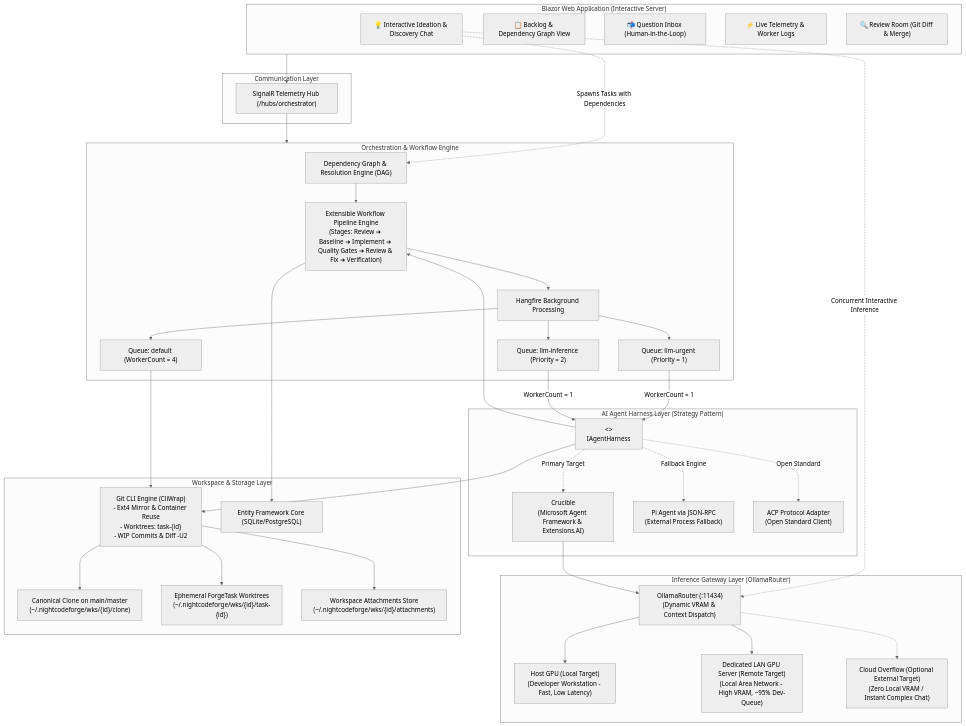
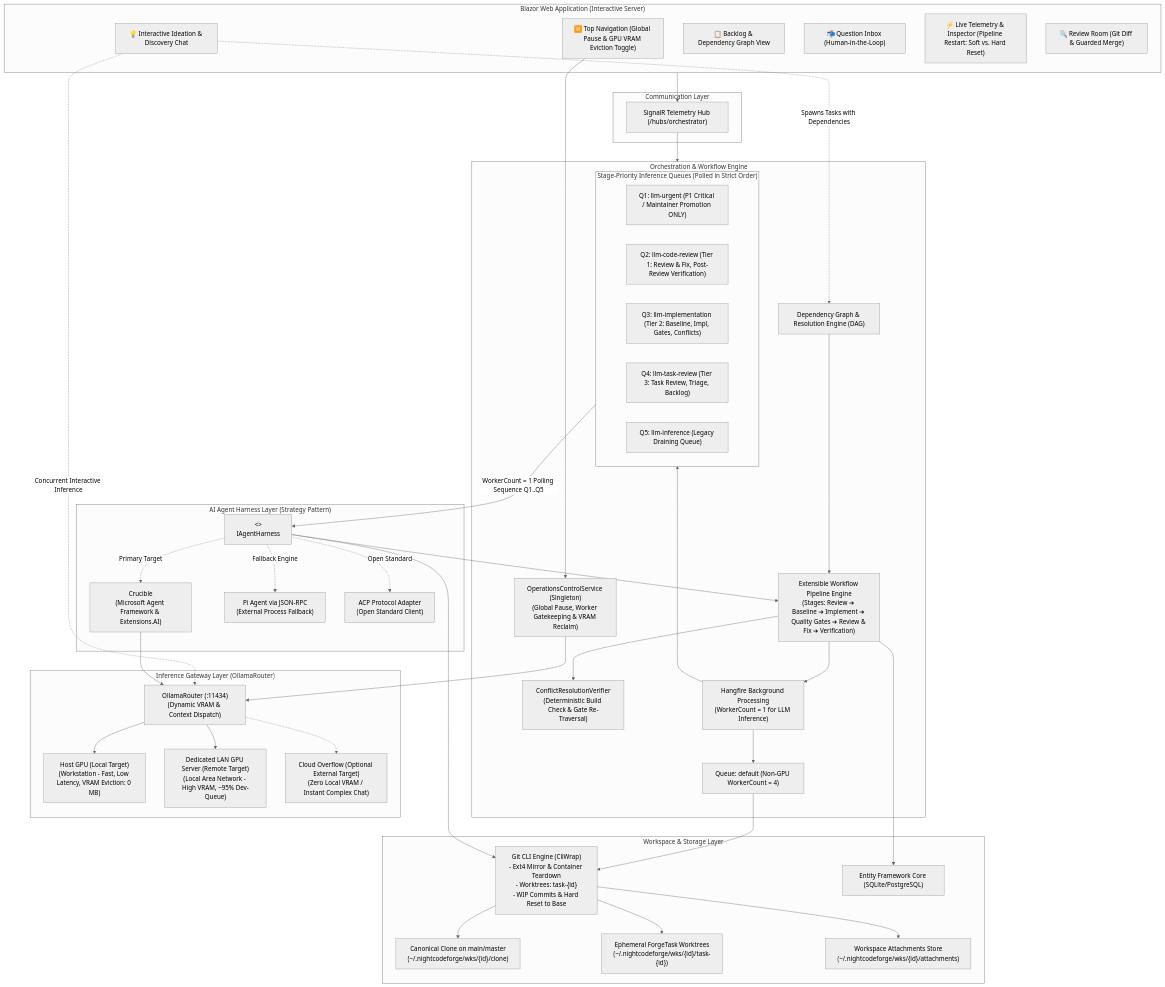
The first of 27 diagrams in docs/ARCHITECTURE.md (jetelain/NightCodeForge), drawn with Mermaid (neutral theme) before and after one commit. The commit also changed other lines of this file, not shown here.

````diff
--- a/docs/ARCHITECTURE.md
+++ b/docs/ARCHITECTURE.md
@@ -29,11 +29,12 @@
 ```mermaid
 flowchart TB
     subgraph UI ["Blazor Web Application (Interactive Server)"]
+        TopNav["⏸️ Top Navigation (Global Pause & GPU VRAM Eviction Toggle)"]
         Ideation["💡 Interactive Ideation & Discovery Chat"]
         Backlog["📋 Backlog & Dependency Graph View"]
         Inbox["📬 Question Inbox (Human-in-the-Loop)"]
-        Monitor["⚡ Live Telemetry & Worker Logs"]
-        Review["🔍 Review Room (Git Diff & Merge)"]
+        Monitor["⚡ Live Telemetry & Inspector (Pipeline Restart: Soft vs. Hard Reset)"]
+        Review["🔍 Review Room (Git Diff & Guarded Merge)"]
     end
 
     subgraph Hubs ["Communication Layer"]
@@ -43,10 +44,19 @@
     subgraph Core ["Orchestration & Workflow Engine"]
         DepEngine["Dependency Graph & Resolution Engine (DAG)"]
         PipelineEngine["Extensible Workflow Pipeline Engine\n(Stages: Review ➔ Baseline ➔ Implement ➔ Quality Gates ➔ Review & Fix ➔ Verification)"]
-        HangfireEngine["Hangfire Background Processing"]
-        QueueUrgent["Queue: llm-urgent (Priority = 1)"]
-        QueueStandard["Queue: llm-inference (Priority = 2)"]
-        QueueUtility["Queue: default (WorkerCount = 4)"]
+        OpsControl["OperationsControlService (Singleton)\n(Global Pause, Worker Gatekeeping & VRAM Reclaim)"]
+        ConflictEngine["ConflictResolutionVerifier\n(Deterministic Build Check & Gate Re-Traversal)"]
+        HangfireEngine["Hangfire Background Processing\n(WorkerCount = 1 for LLM Inference)"]
+        
+        subgraph StageQueues ["Stage-Priority Inference Queues (Polled in Strict Order)"]
+            QueueUrgent["Q1: llm-urgent (P1 Critical / Maintainer Promotion ONLY)"]
+            QueueCodeReview["Q2: llm-code-review (Tier 1: Review & Fix, Post-Review Verification)"]
+            QueueImplementation["Q3: llm-implementation (Tier 2: Baseline, Impl, Gates, Conflicts)"]
+            QueueTaskReview["Q4: llm-task-review (Tier 3: Task Review, Triage, Backlog)"]
+            QueueLegacy["Q5: llm-inference (Legacy Draining Queue)"]
+        end
+        
+        QueueUtility["Queue: default (Non-GPU WorkerCount = 4)"]
     end
 
     subgraph Harness ["AI Agent Harness Layer (Strategy Pattern)"]
@@ -58,13 +68,13 @@
 
     subgraph Gateway ["Inference Gateway Layer (OllamaRouter)"]
         Router["OllamaRouter (:11434)\n(Dynamic VRAM & Context Dispatch)"]
-        HostGPU["Host GPU (Local Target)\n(Developer Workstation - Fast, Low Latency)"]
+        HostGPU["Host GPU (Local Target)\n(Workstation - Fast, Low Latency, VRAM Eviction: 0 MB)"]
         LanGPU["Dedicated LAN GPU Server (Remote Target)\n(Local Area Network - High VRAM, ~95% Dev-Queue)"]
         CloudOverflow["Cloud Overflow (Optional External Target)\n(Zero Local VRAM / Instant Complex Chat)"]
     end
 
     subgraph Workspaces ["Workspace & Storage Layer"]
-        GitCli["Git CLI Engine (CliWrap)\n- Ext4 Mirror & Container Reuse\n- Worktrees: task-{id}\n- WIP Commits & Diff -U2"]
+        GitCli["Git CLI Engine (CliWrap)\n- Ext4 Mirror & Container Teardown\n- Worktrees: task-{id}\n- WIP Commits & Hard Reset to Base"]
         EFCore["Entity Framework Core (SQLite/PostgreSQL)"]
         CanonicalClone["Canonical Clone on main/master\n(~/.nightcodeforge/wks/{id}/clone)"]
         Worktrees["Ephemeral ForgeTask Worktrees\n(~/.nightcodeforge/wks/{id}/task-{id})"]
@@ -73,16 +83,17 @@
 
     UI --> SignalR
     SignalR --> Core
+    TopNav --> OpsControl
+    OpsControl --> Router
     Ideation -.->|Spawns Tasks with Dependencies| DepEngine
     Ideation -.->|Concurrent Interactive Inference| Router
     DepEngine --> PipelineEngine
+    PipelineEngine --> ConflictEngine
     PipelineEngine --> HangfireEngine
-    HangfireEngine --> QueueUrgent
-    HangfireEngine --> QueueStandard
+    HangfireEngine --> StageQueues
     HangfireEngine --> QueueUtility
 
-    QueueUrgent -->|WorkerCount = 1| IHarness
-    QueueStandard -->|WorkerCount = 1| IHarness
+    StageQueues -->|WorkerCount = 1 Polling Sequence Q1..Q5| IHarness
     QueueUtility --> GitCli
 
     IHarness -.->|Primary Target| Crucible
````
